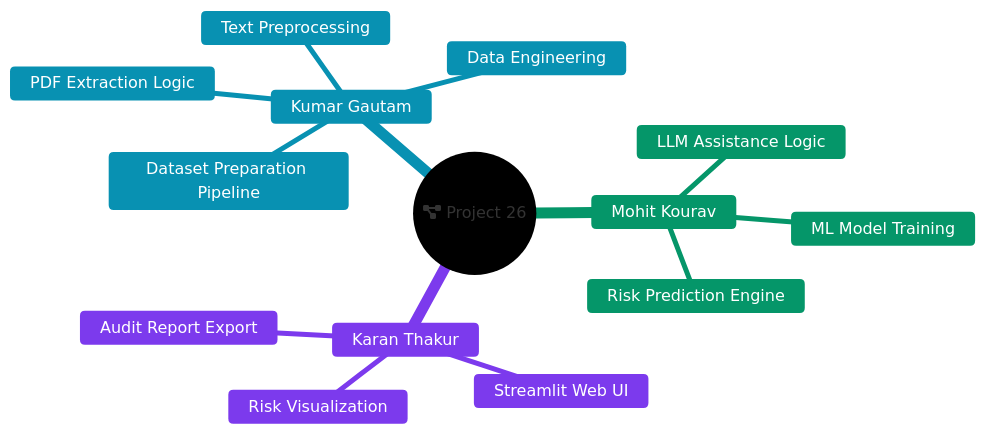
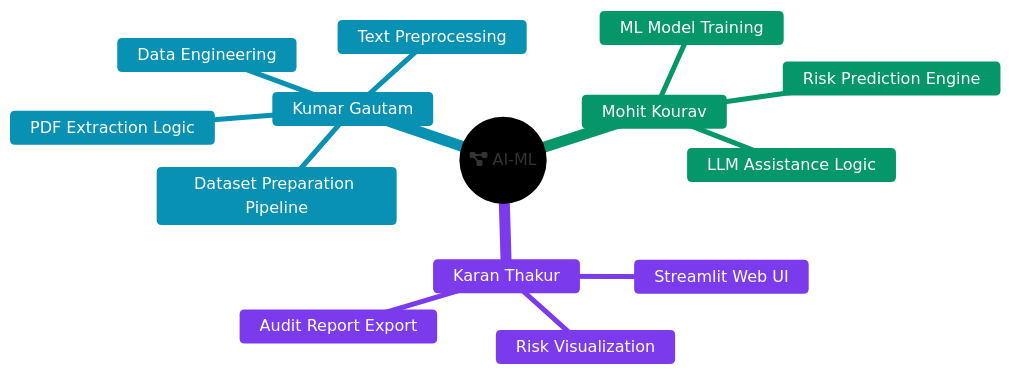
One commit to Gautam-Bharadwaj/AI-ML-PROJECT-26 changed the fourth of 4 diagrams in WORKFLOW.md. Above: the diagram before and after it, drawn with Mermaid.

Commit message:
Update project name in workflow documentation

````diff
--- a/WORKFLOW.md
+++ b/WORKFLOW.md
@@ -56,38 +56,38 @@
 ```mermaid
 %%{init: {
   'theme': 'base',
   'themeVariables': {
     'primaryColor': '#1f2937',
     'textColor': '#ffffff',
     'mainBkg': '#1f2937',
     'nodeTextColor': '#ffffff',
     'cScale0': '#4f46e5',
     'cScale1': '#0891b2',
     'cScale2': '#059669',
     'cScaleLabel0': '#ffffff',
     'cScaleLabel1': '#ffffff',
     'cScaleLabel2': '#ffffff',
     'cScale3': '#7c3aed',
     'cScaleLabel3': '#ffffff'
   }
 }}%%
 mindmap
-  root((fa:fa-project-diagram Project 26))
+  root((fa:fa-project-diagram AI-ML))
     ::icon(fa fa-users)
     Kumar Gautam
       ::icon(fa fa-database)
       Data Engineering
       PDF Extraction Logic
       Text Preprocessing
       Dataset Preparation Pipeline
     Mohit Kourav
       ::icon(fa fa-brain)
       ML Model Training
       Risk Prediction Engine
       LLM Assistance Logic
     Karan Thakur
       ::icon(fa fa-desktop)
       Streamlit Web UI
       Risk Visualization
       Audit Report Export
 ```
````
